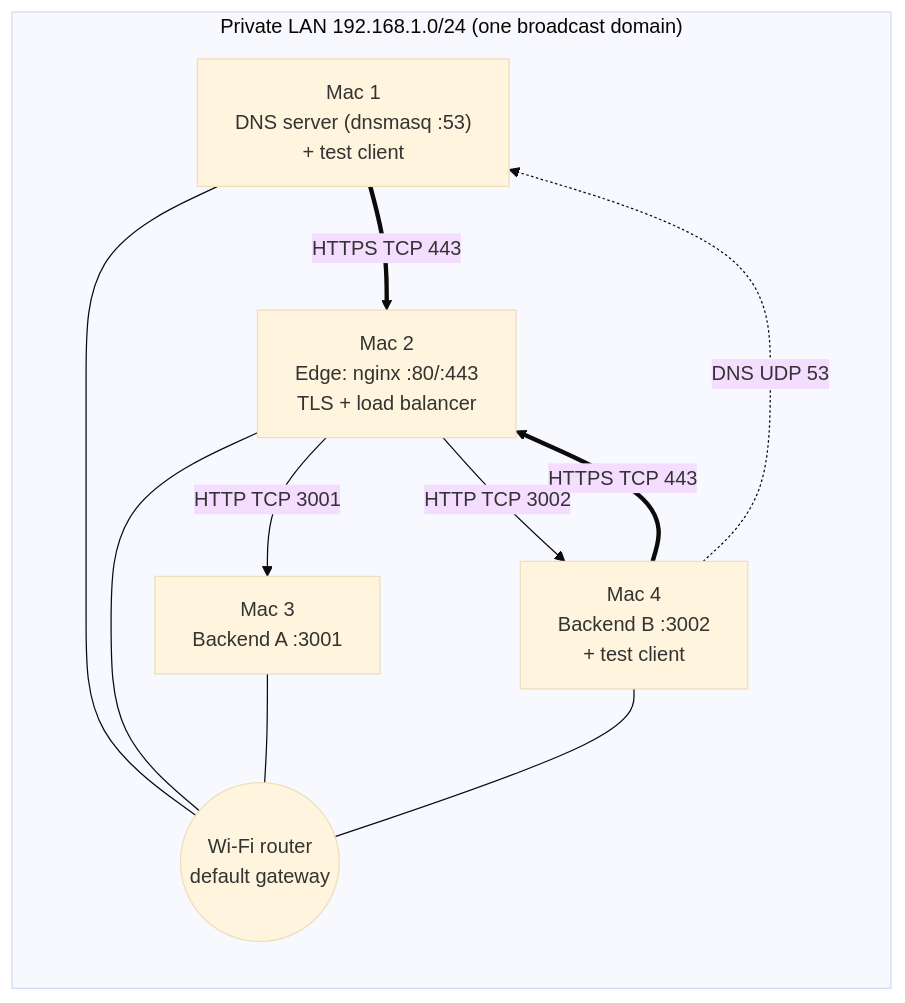
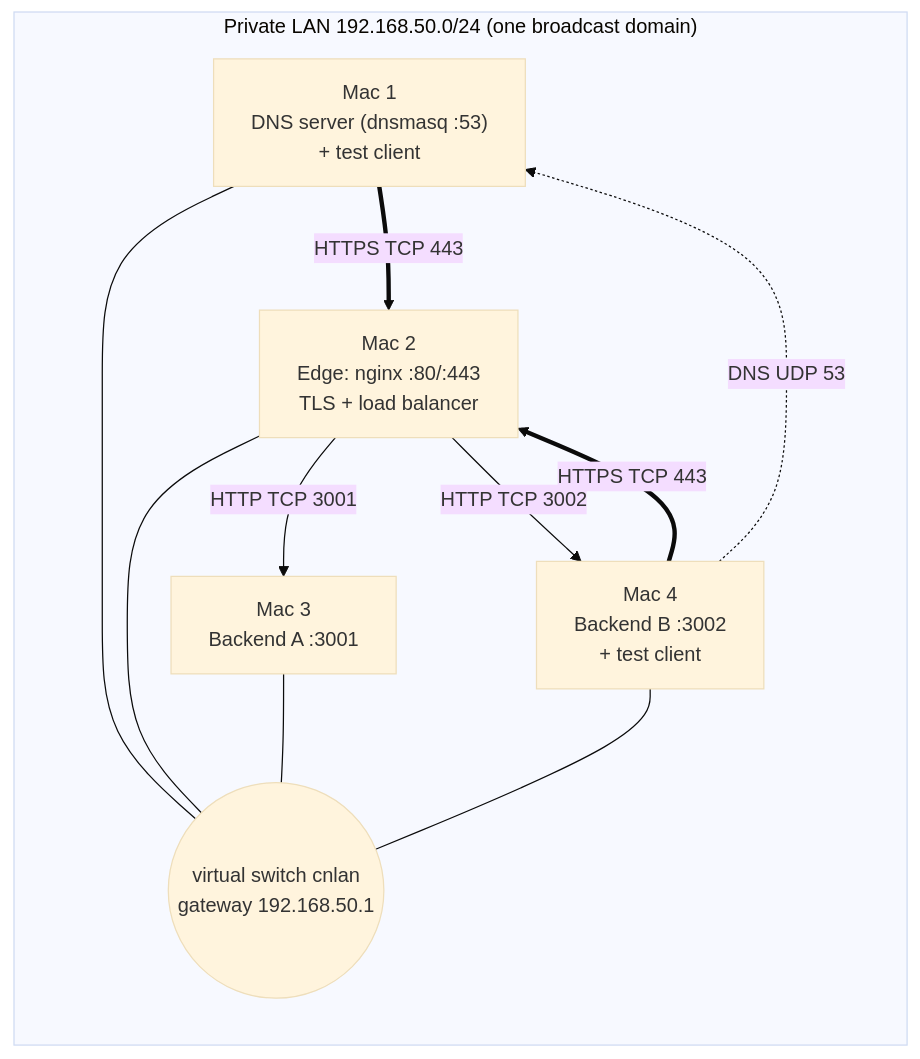
One commit to rishiraj38/cn-phase-1 changed the first of 2 diagrams in docs/ARCHITECTURE.md. Above: the diagram before and after it, drawn with Mermaid (base theme). The commit also changed other lines of this file and 81 other files, not shown here.

First line of the commit message:
Run Phase 1 on a virtual 4-host LAN (Type 3) and add all evidence

````diff
--- a/docs/ARCHITECTURE.md
+++ b/docs/ARCHITECTURE.md
@@ -7,19 +11,19 @@
 ```mermaid
 flowchart LR
-  subgraph LAN["Private LAN 192.168.1.0/24 (one broadcast domain)"]
+  subgraph LAN["Private LAN 192.168.50.0/24 (one broadcast domain)"]
     M1["Mac 1<br/>DNS server (dnsmasq :53)<br/>+ test client"]
     M2["Mac 2<br/>Edge: nginx :80/:443<br/>TLS + load balancer"]
     M3["Mac 3<br/>Backend A :3001"]
     M4["Mac 4<br/>Backend B :3002<br/>+ test client"]
-    R(("Wi-Fi router<br/>default gateway"))
+    R(("virtual switch cnlan<br/>gateway 192.168.50.1"))
   end
   M1 --- R
   M2 --- R
   M3 --- R
   M4 --- R
   M4 -. "DNS UDP 53" .-> M1
   M1 == "HTTPS TCP 443" ==> M2
   M4 == "HTTPS TCP 443" ==> M2
   M2 -- "HTTP TCP 3001" --> M3
   M2 -- "HTTP TCP 3002" --> M4
 ```
````
